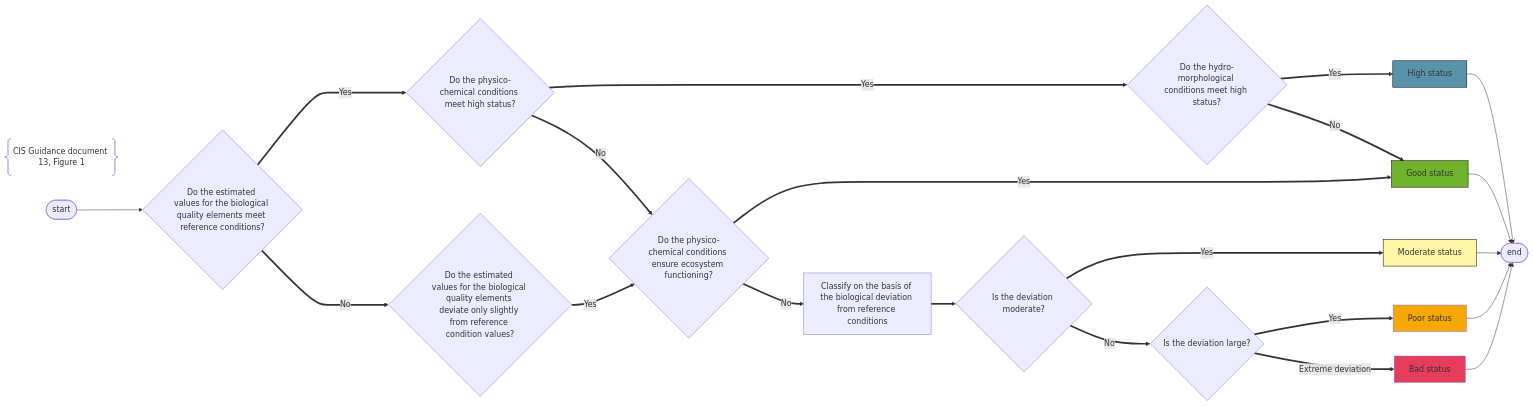
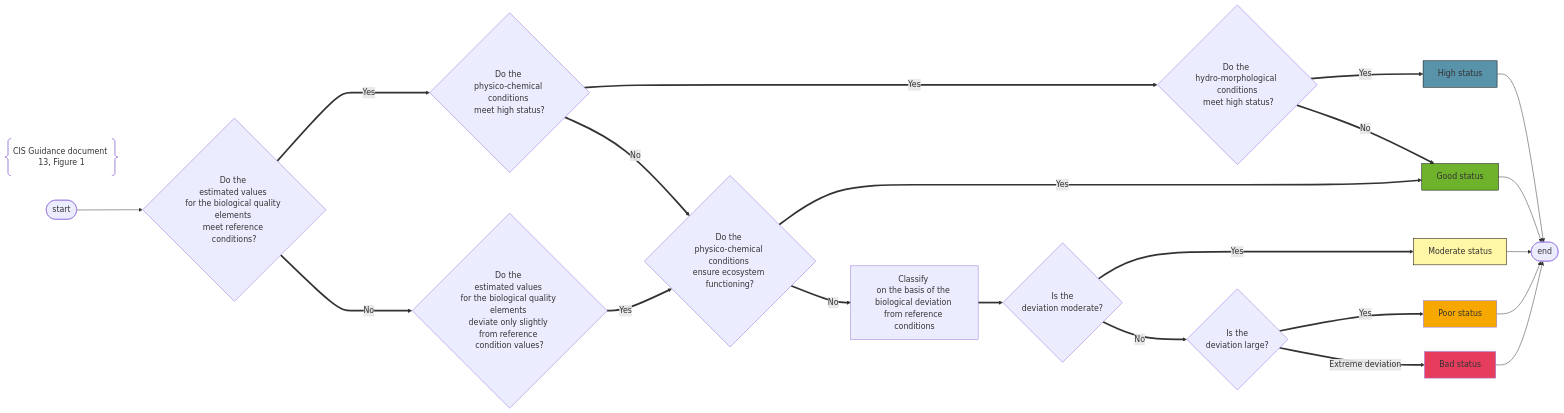
Before and after one commit to eeadata/WISE.WFD.Documentation: the diagram in docs/DataModelReview/mmd/SurfaceWater_EcologicalStatus_CISGuidance_Flowchart.mmd, drawn with Mermaid. The commit also changed 4 other files, not shown here.

Commit message:
Inserting forced line breaks into the flowcharts

```diff
--- a/docs/DataModelReview/mmd/SurfaceWater_EcologicalStatus_CISGuidance_Flowchart.mmd
+++ b/docs/DataModelReview/mmd/SurfaceWater_EcologicalStatus_CISGuidance_Flowchart.mmd
@@ -1,70 +1,70 @@
 ---
 config:
   layout: dagre
 ---
 
 flowchart LR
 
 title@{ shape: braces, label: "CIS Guidance document 13, Figure 1" }
 
     %% Defining the nodes
 
     initial([start])
     final([end])
     
 
  
     High["High status"]:::Blue
     Good["Good status"]:::Green
     Moderate["Moderate status"]:::Yellow
     Poor["Poor status"]:::Orange
     Bad["Bad status"]:::Red    
  
-    is_BQE_High{"Do the estimated values for the biological quality elements meet reference conditions?"}
-    is_BQE_Good{"Do the estimated values for the biological quality elements deviate only slightly from reference condition values?"}
+    is_BQE_High{"Do the <br/>estimated values <br/>for the biological quality elements <br/>meet reference conditions?"}
+    is_BQE_Good{"Do the <br/>estimated values <br/>for the biological quality elements <br/>deviate only slightly <br/>from reference condition values?"}
 
-    is_PhysChemQE_High{"Do the physico-chemical conditions meet high status?"}
-    is_PhysChemQE_Good{"Do the physico-chemical conditions ensure ecosystem functioning?"}
+    is_PhysChemQE_High{"Do the <br/>physico-chemical conditions <br/>meet high status?"}
+    is_PhysChemQE_Good{"Do the <br/>physico-chemical conditions <br/>ensure ecosystem functioning?"}
     
-    is_HyMoQE_High{"Do the hydro-morphological conditions meet high status?"}
+    is_HyMoQE_High{"Do the <br/>hydro-morphological conditions<br/> meet high status?"}
 
-    ClassifyUsingBQEOnly["Classify on the basis of the biological deviation from reference conditions"]
-    is_BQE_Moderate{"Is the deviation moderate?"}
-    is_BQE_Poor{"Is the deviation large?"}
+    ClassifyUsingBQEOnly["Classify <br/>on the basis of the <br/>biological deviation <br/>from reference conditions"]
+    is_BQE_Moderate{"Is the <br/>deviation moderate?"}
+    is_BQE_Poor{"Is the <br/>deviation large?"}
 
     %% Flow 
 
     initial --> is_BQE_High
     
     is_BQE_High ====> |Yes|is_PhysChemQE_High
     is_PhysChemQE_High ==>|Yes|is_HyMoQE_High
     is_HyMoQE_High ==>|Yes| High
     High --> final
 
     is_HyMoQE_High ==> |No|Good
     is_PhysChemQE_High ==>|No|is_PhysChemQE_Good
 
     is_BQE_High ==>|No|is_BQE_Good
     is_BQE_Good ==>|Yes|is_PhysChemQE_Good
     is_PhysChemQE_Good ==>|Yes|Good
     Good --> final
     
     is_PhysChemQE_Good ==>|No|ClassifyUsingBQEOnly
     ClassifyUsingBQEOnly ==> is_BQE_Moderate
     is_BQE_Moderate ==>|Yes|Moderate
     Moderate --> final
     
     is_BQE_Moderate ==>|No|is_BQE_Poor
     is_BQE_Poor ==>|Yes|Poor
     Poor --> final
     
     is_BQE_Poor ==>|Extreme deviation|Bad
     Bad --> final
 
     %% styling
     classDef state stroke-width:4px,fill:transparent
     classDef Blue fill:#5893A9,stroke:black;
     classDef Green fill:#6FB22C,stroke:black;
     classDef Yellow fill:#FFF6A6,stroke:black;
     classDef Orange fill:#F6A800,black;
     classDef Red fill:#E63D5C,black;
```
